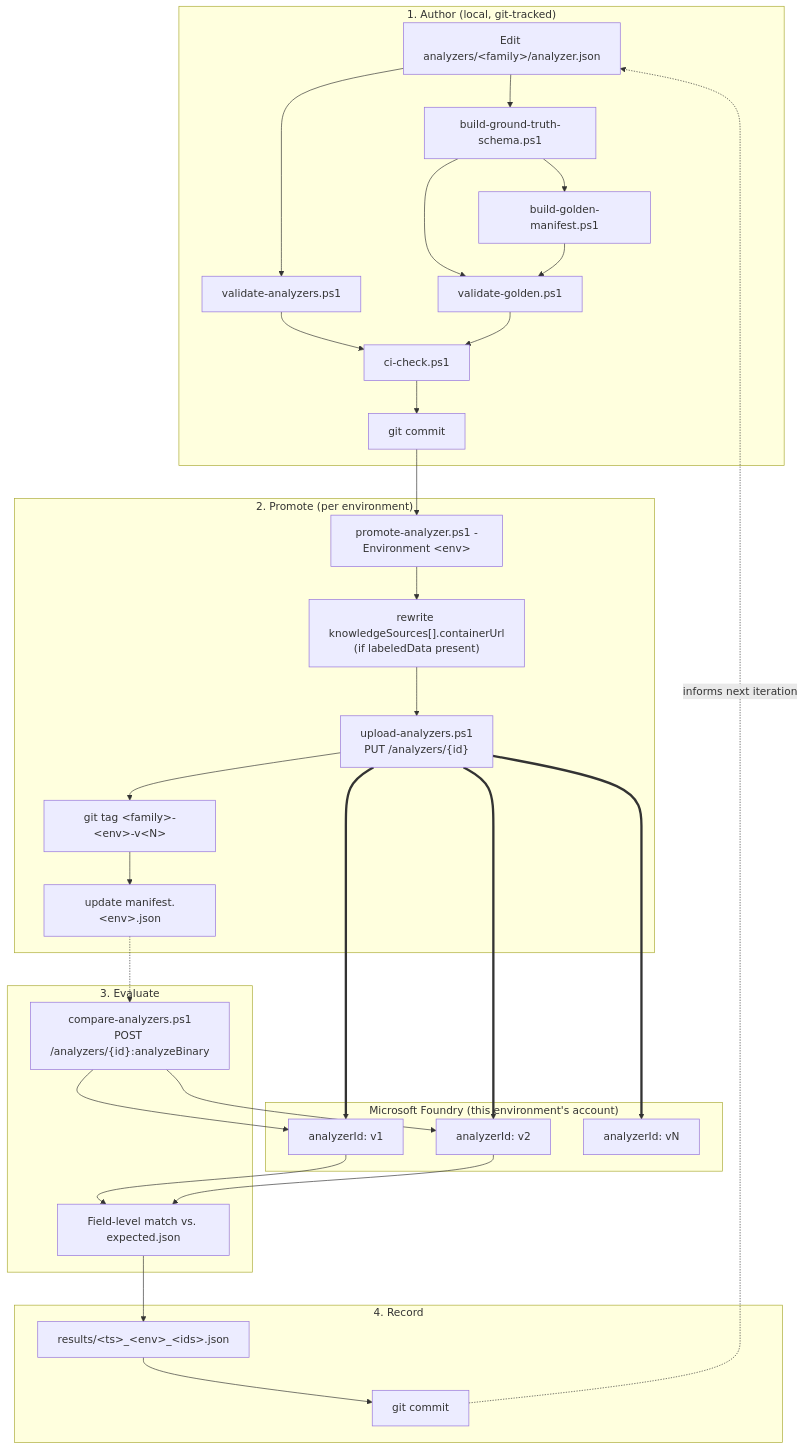
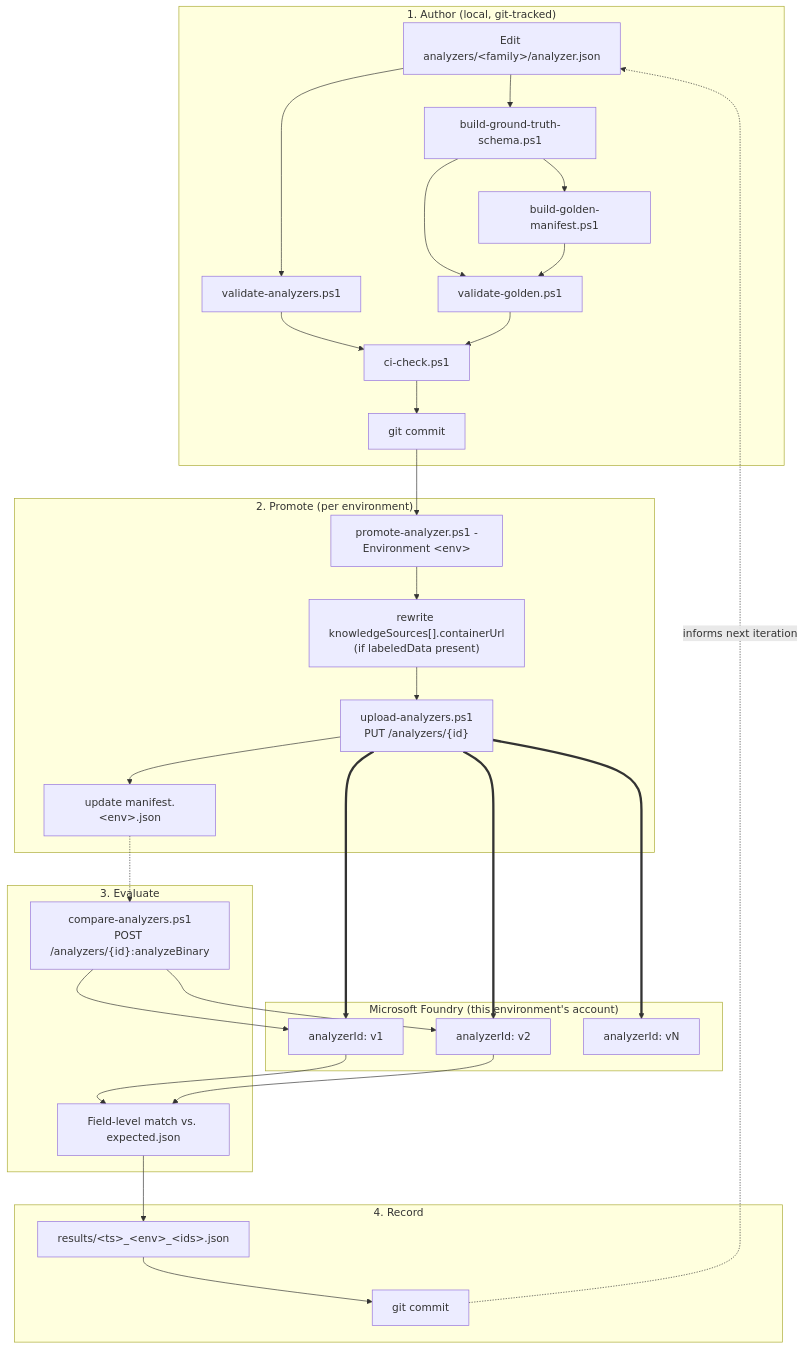
Before and after one commit to georgeollis/content-understanding-mlops: the second of 2 diagrams in docs/mlops-pipeline.md, drawn with Mermaid. The commit also changed other lines of this file and 9 other files, not shown here.

First line of the commit message:
Remove git tag integration from promote-analyzer.ps1

````diff
--- a/docs/mlops-pipeline.md
+++ b/docs/mlops-pipeline.md
@@ -425,60 +424,59 @@
 ```mermaid
 graph TB
     subgraph AUTHOR["1. Author (local, git-tracked)"]
         EDIT["Edit analyzers/&lt;family&gt;/analyzer.json"]
         VALA["validate-analyzers.ps1"]
         GTSCHEMA["build-ground-truth-schema.ps1"]
         GOLDMAN["build-golden-manifest.ps1"]
         VALG["validate-golden.ps1"]
         CI["ci-check.ps1"]
         COMMIT["git commit"]
 
         EDIT --> VALA
         EDIT --> GTSCHEMA --> VALG
         GTSCHEMA --> GOLDMAN --> VALG
         VALA --> CI
         VALG --> CI
         CI --> COMMIT
     end
 
     subgraph PROMOTE["2. Promote (per environment)"]
         PROMOTESCRIPT["promote-analyzer.ps1 -Environment &lt;env&gt;"]
         REWRITE["rewrite knowledgeSources[].containerUrl<br/>(if labeledData present)"]
         UPLOAD["upload-analyzers.ps1<br/>PUT /analyzers/{id}"]
-        TAG["git tag &lt;family&gt;-&lt;env&gt;-v&lt;N&gt;"]
         MANIFEST["update manifest.&lt;env&gt;.json"]
 
         COMMIT --> PROMOTESCRIPT
-        PROMOTESCRIPT --> REWRITE --> UPLOAD --> TAG --> MANIFEST
+        PROMOTESCRIPT --> REWRITE --> UPLOAD --> MANIFEST
     end
 
     subgraph AZURE["Microsoft Foundry (this environment's account)"]
         ANALYZERV1["analyzerId: v1"]
         ANALYZERV2["analyzerId: v2"]
         ANALYZERVN["analyzerId: vN"]
     end
 
     UPLOAD ==> ANALYZERV1
     UPLOAD ==> ANALYZERV2
     UPLOAD ==> ANALYZERVN
 
     subgraph EVALUATE["3. Evaluate"]
         COMPARESCRIPT["compare-analyzers.ps1<br/>POST /analyzers/{id}:analyzeBinary"]
         SCORE["Field-level match vs. expected.json"]
 
         MANIFEST -.-> COMPARESCRIPT
         COMPARESCRIPT --> ANALYZERV1
         COMPARESCRIPT --> ANALYZERV2
         ANALYZERV1 --> SCORE
         ANALYZERV2 --> SCORE
     end
 
     subgraph RECORD["4. Record"]
         REPORT["results/&lt;ts&gt;_&lt;env&gt;_&lt;ids&gt;.json"]
         COMMIT2["git commit"]
 
         SCORE --> REPORT --> COMMIT2
     end
 
     COMMIT2 -.->|"informs next iteration"| EDIT
 ```
````
